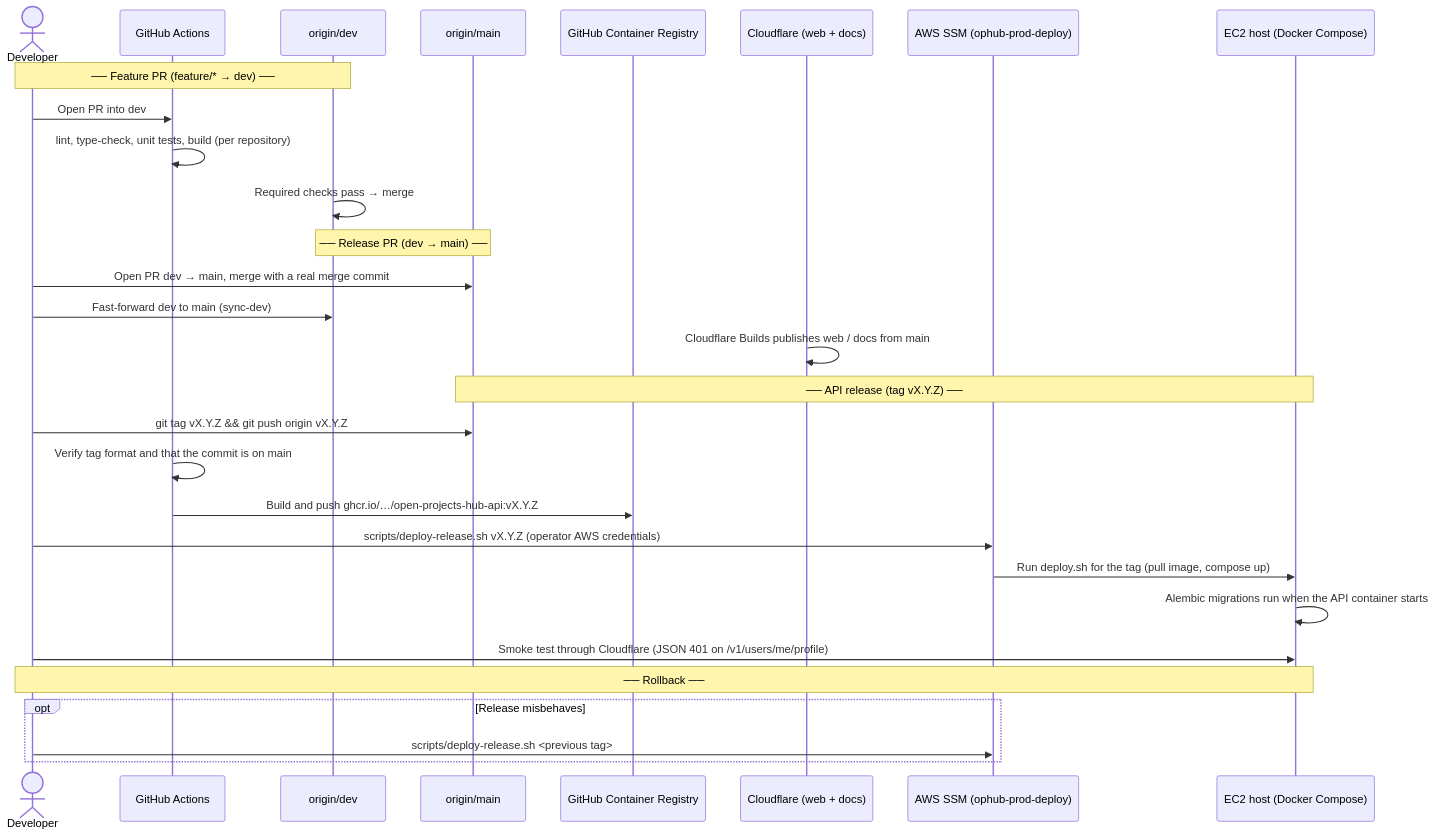
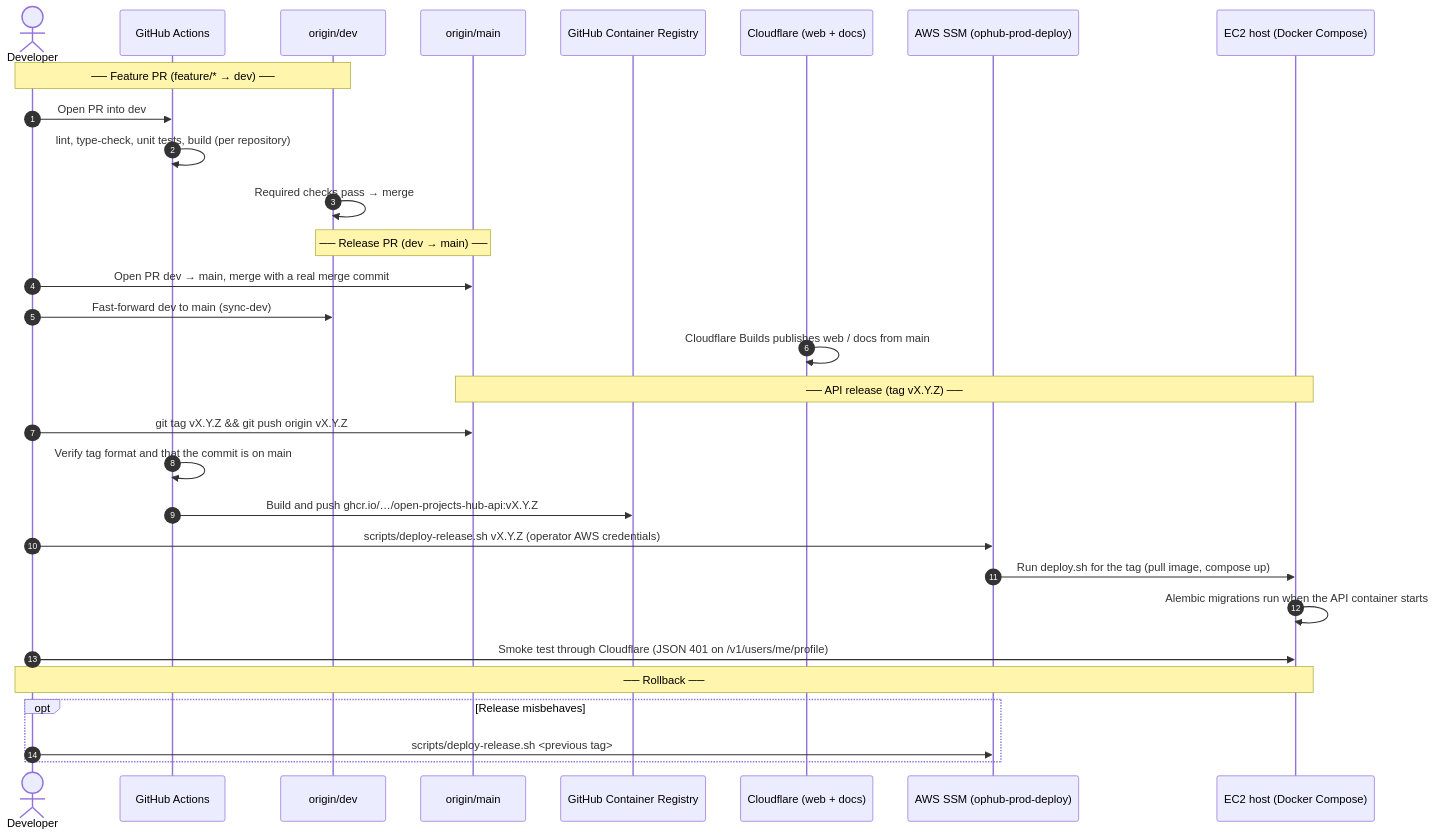
Diagram 13 of 13 in docs/03-architecture/diagrams/sequence-diagrams.md (alonsovndev/open-projects-hub-docs), drawn with Mermaid before and after one commit. The commit also changed other lines of this file and 63 other files, not shown here.

````diff
--- a/docs/03-architecture/diagrams/sequence-diagrams.md
+++ b/docs/03-architecture/diagrams/sequence-diagrams.md
@@ -480,35 +455,36 @@
 ```mermaid
 sequenceDiagram
+    autonumber
     actor Dev as Developer
     participant CI as GitHub Actions
     participant DevBranch as origin/dev
     participant Main as origin/main
     participant GHCR as GitHub Container Registry
     participant CF as Cloudflare (web + docs)
     participant SSM as AWS SSM (ophub-prod-deploy)
     participant Host as EC2 host (Docker Compose)
 
     Note over Dev,DevBranch: ── Feature PR (feature/* → dev) ──
     Dev->>CI: Open PR into dev
     CI->>CI: lint, type-check, unit tests, build (per repository)
     DevBranch->>DevBranch: Required checks pass → merge
 
     Note over DevBranch,Main: ── Release PR (dev → main) ──
     Dev->>Main: Open PR dev → main, merge with a real merge commit
     Dev->>DevBranch: Fast-forward dev to main (sync-dev)
     CF->>CF: Cloudflare Builds publishes web / docs from main
 
     Note over Main,Host: ── API release (tag vX.Y.Z) ──
     Dev->>Main: git tag vX.Y.Z && git push origin vX.Y.Z
     CI->>CI: Verify tag format and that the commit is on main
     CI->>GHCR: Build and push ghcr.io/…/open-projects-hub-api:vX.Y.Z
     Dev->>SSM: scripts/deploy-release.sh vX.Y.Z (operator AWS credentials)
     SSM->>Host: Run deploy.sh for the tag (pull image, compose up)
     Host->>Host: Alembic migrations run when the API container starts
     Dev->>Host: Smoke test through Cloudflare (JSON 401 on /v1/users/me/profile)
 
     Note over Dev,Host: ── Rollback ──
     opt Release misbehaves
         Dev->>SSM: scripts/deploy-release.sh <previous tag>
     end
 ```
````
